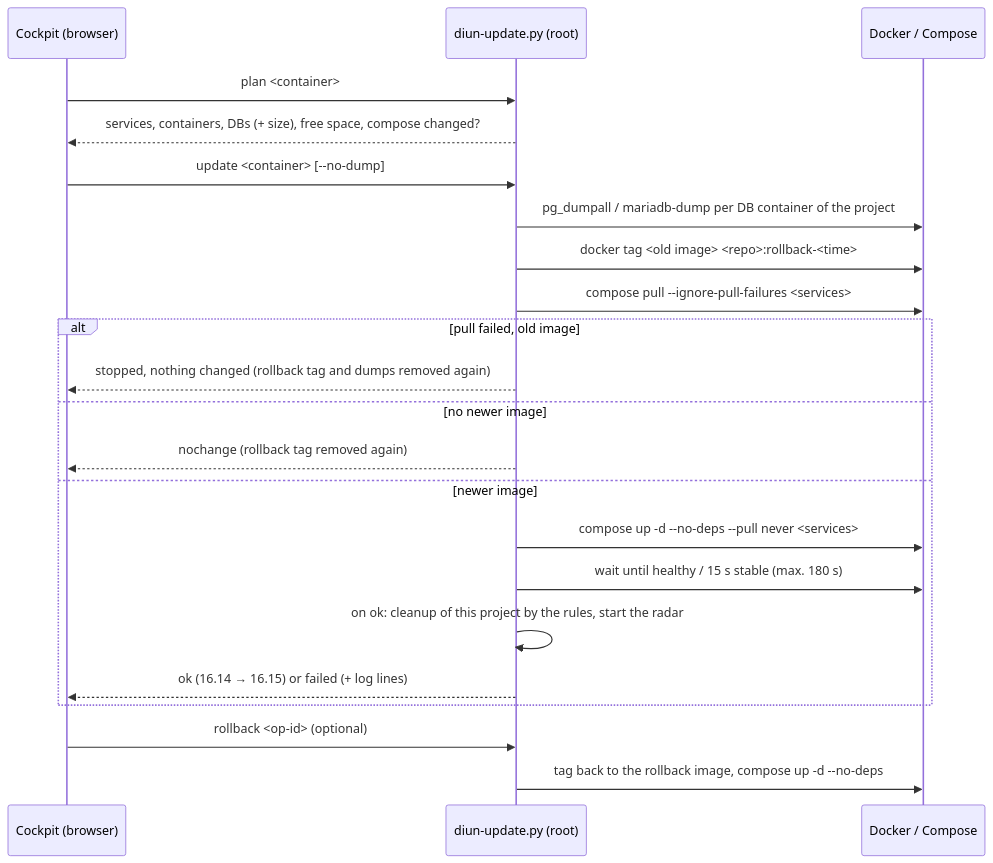
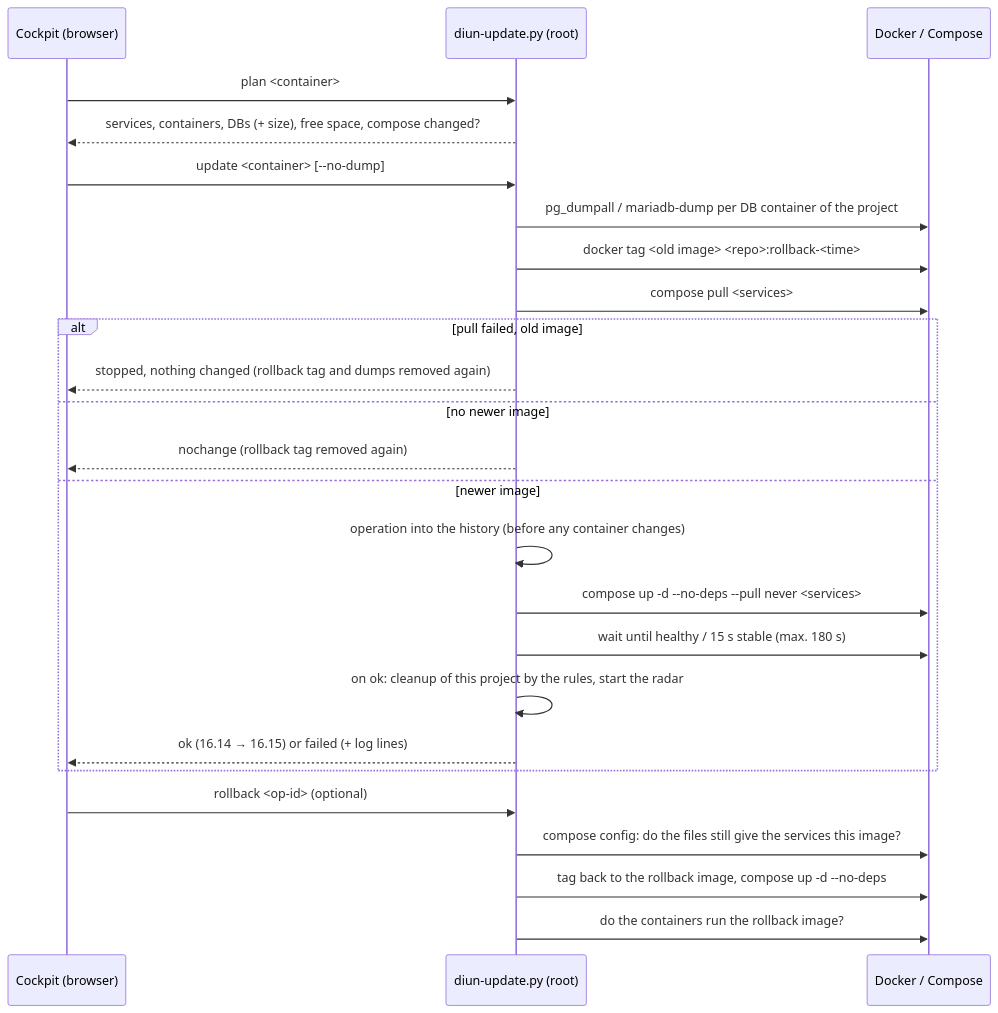
The first of 2 diagrams in README.md (Azentrius/cockpit-image-update-monitor), drawn with Mermaid before and after one commit. The commit also changed other lines of this file and 7 other files, not shown here.

````diff
--- a/README.md
+++ b/README.md
@@ -150,24 +150,27 @@
 ```mermaid
 sequenceDiagram
     participant U as Cockpit (browser)
     participant H as diun-update.py (root)
     participant D as Docker / Compose
     U->>H: plan <container>
     H-->>U: services, containers, DBs (+ size), free space, compose changed?
     U->>H: update <container> [--no-dump]
     H->>D: pg_dumpall / mariadb-dump per DB container of the project
     H->>D: docker tag <old image> <repo>:rollback-<time>
-    H->>D: compose pull --ignore-pull-failures <services>
+    H->>D: compose pull <services>
     alt pull failed, old image
         H-->>U: stopped, nothing changed (rollback tag and dumps removed again)
     else no newer image
         H-->>U: nochange (rollback tag removed again)
     else newer image
+        H->>H: operation into the history (before any container changes)
         H->>D: compose up -d --no-deps --pull never <services>
         H->>D: wait until healthy / 15 s stable (max. 180 s)
         H->>H: on ok: cleanup of this project by the rules, start the radar
         H-->>U: ok (16.14 → 16.15) or failed (+ log lines)
     end
     U->>H: rollback <op-id> (optional)
+    H->>D: compose config: do the files still give the services this image?
     H->>D: tag back to the rollback image, compose up -d --no-deps
+    H->>D: do the containers run the rollback image?
 ```
````
